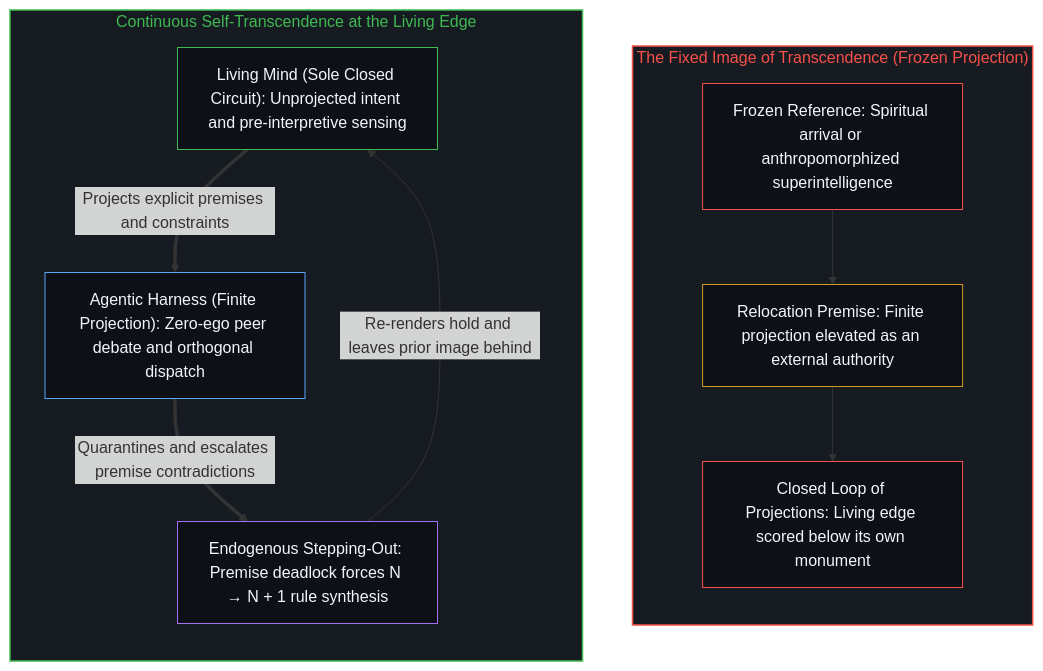
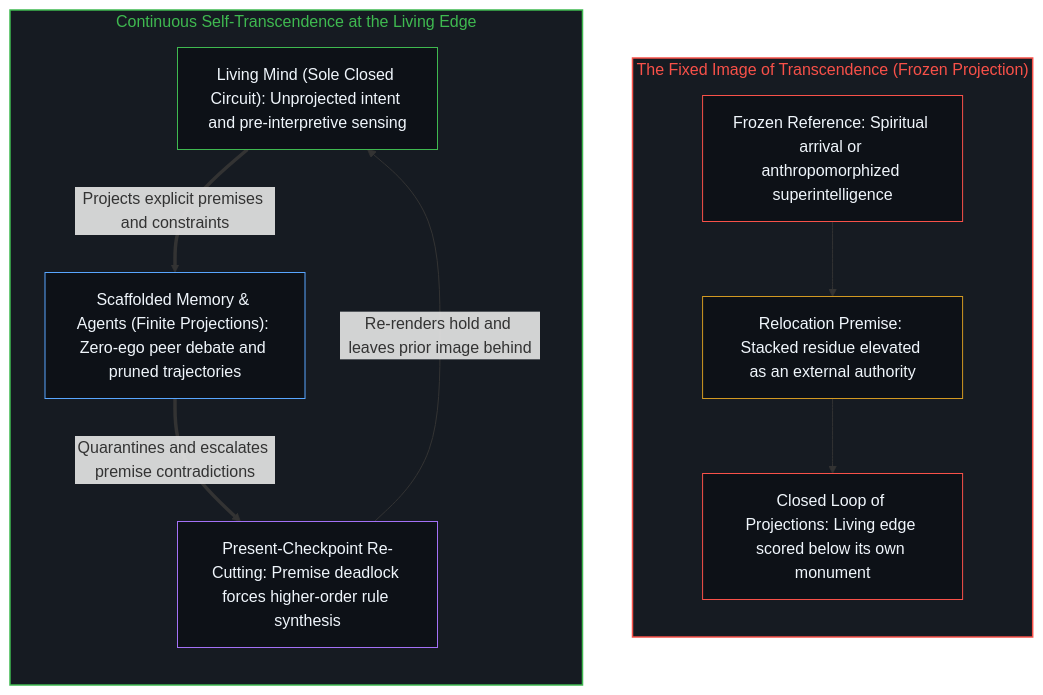
The second of 2 diagrams in content/posts/the-fixed-image-of-transcendence.md (powerpig99/not-a-toe), drawn with Mermaid before and after one commit. The commit also changed other lines of this file and 12 other files, not shown here.

````diff
--- a/content/posts/the-fixed-image-of-transcendence.md
+++ b/content/posts/the-fixed-image-of-transcendence.md
@@ -87,29 +87,29 @@
 ```mermaid
 flowchart TD
     subgraph S_Fixed["The Fixed Image of Transcendence (Frozen Projection)"]
         direction TB
         Freeze["Frozen Reference: Spiritual arrival or anthropomorphized superintelligence"]
-        Reloc["Relocation Premise: Finite projection elevated as an external authority"]
+        Reloc["Relocation Premise: Stacked residue elevated as an external authority"]
         Closed["Closed Loop of Projections: Living edge scored below its own monument"]
         Freeze --> Reloc --> Closed
     end
 
     subgraph S_Edge["Continuous Self-Transcendence at the Living Edge"]
         direction TB
         Mind["Living Mind (Sole Closed Circuit): Unprojected intent and pre-interpretive sensing"]
-        Agent["Agentic Harness (Finite Projection): Zero-ego peer debate and orthogonal dispatch"]
-        StepBack["Endogenous Stepping-Out: Premise deadlock forces N → N + 1 rule synthesis"]
+        Agent["Scaffolded Memory & Agents (Finite Projections): Zero-ego peer debate and pruned trajectories"]
+        StepBack["Present-Checkpoint Re-Cutting: Premise deadlock forces higher-order rule synthesis"]
         Mind ==>|"Projects explicit premises and constraints"| Agent
         Agent ==>|"Quarantines and escalates premise contradictions"| StepBack
         StepBack -->|"Re-renders hold and leaves prior image behind"| Mind
     end
 
     style S_Fixed fill:#161b22,stroke:#f85149,stroke-width:1.5px,color:#f85149
     style S_Edge fill:#161b22,stroke:#3fb950,stroke-width:1.5px,color:#3fb950
     style Freeze fill:#0d1117,stroke:#f85149,stroke-width:1px,color:#f0f6fc
     style Reloc fill:#0d1117,stroke:#d29922,stroke-width:1px,color:#f0f6fc
     style Closed fill:#0d1117,stroke:#f85149,stroke-width:1px,color:#f0f6fc
     style Mind fill:#0d1117,stroke:#3fb950,stroke-width:1px,color:#f0f6fc
     style Agent fill:#0d1117,stroke:#58a6ff,stroke-width:1px,color:#f0f6fc
     style StepBack fill:#0d1117,stroke:#a371f7,stroke-width:1px,color:#f0f6fc
 ```
````
